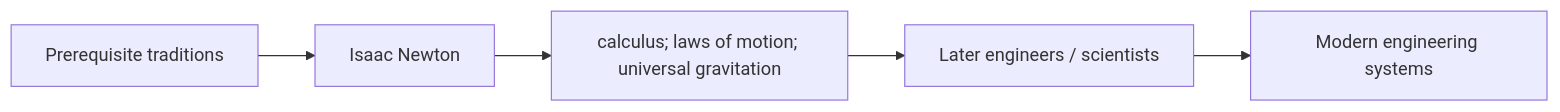
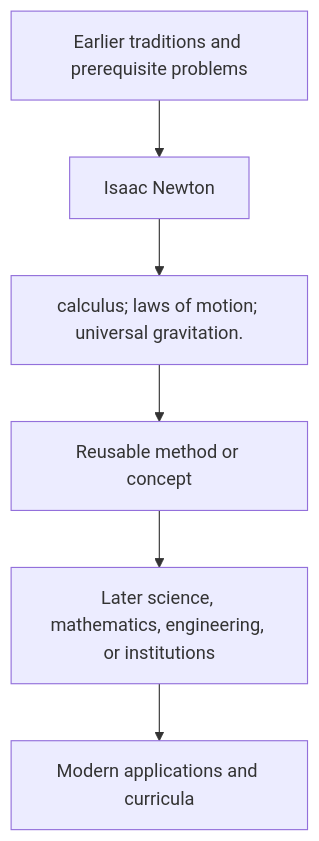
Before and after one commit to via-decide/ViaLogic: the diagram in docs/history/isaac-newton/influence.md, drawn with Mermaid. The commit also changed other lines of this file and 858 other files, not shown here.

````diff
--- a/docs/history/isaac-newton/influence.md
+++ b/docs/history/isaac-newton/influence.md
@@ -29,7 +16,8 @@
 ```mermaid
-graph LR
-  prerequisites["Prerequisite traditions"] --> current["Isaac Newton"]
-  current --> contribution["calculus; laws of motion; universal gravitation"]
-  contribution --> successors["Later engineers / scientists"]
-  successors --> modern["Modern engineering systems"]
+graph TD
+  Prior[Earlier traditions and prerequisite problems] --> Person[Isaac Newton]
+  Person --> Contribution[calculus; laws of motion; universal gravitation.]
+  Contribution --> Method[Reusable method or concept]
+  Method --> Later[Later science, mathematics, engineering, or institutions]
+  Later --> Modern[Modern applications and curricula]
 ```
````
